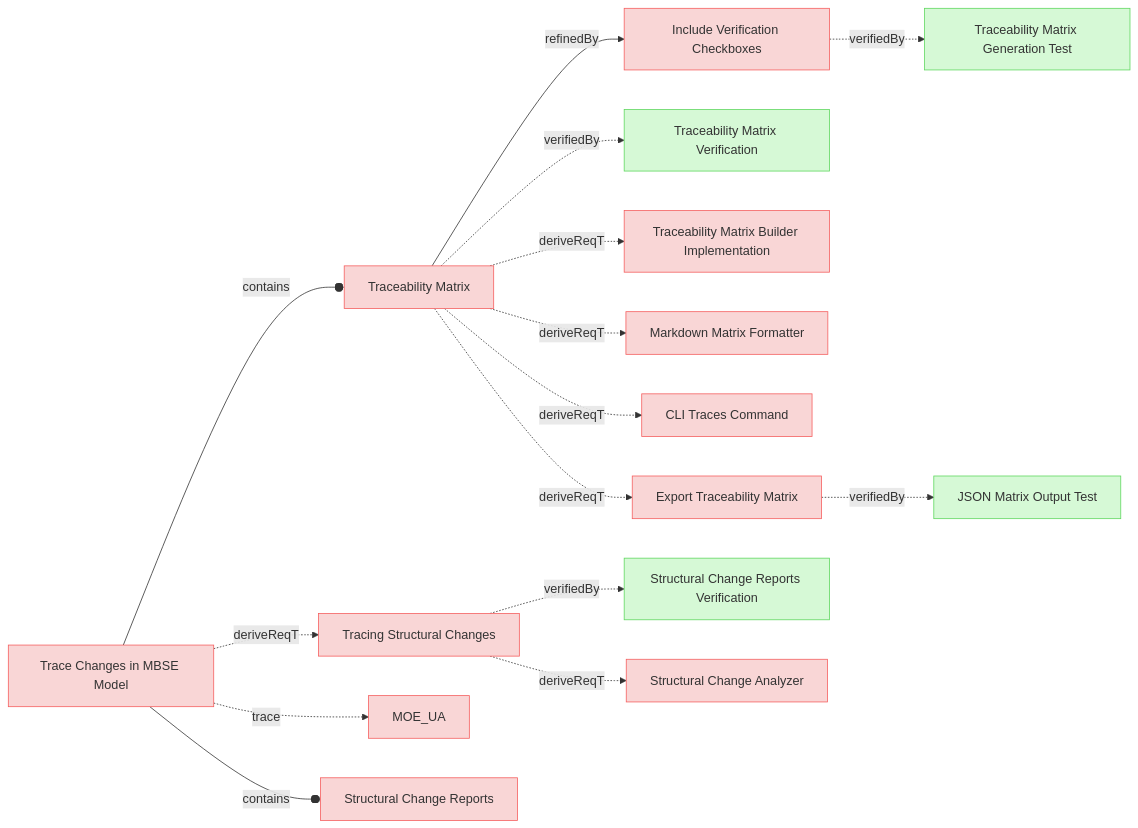
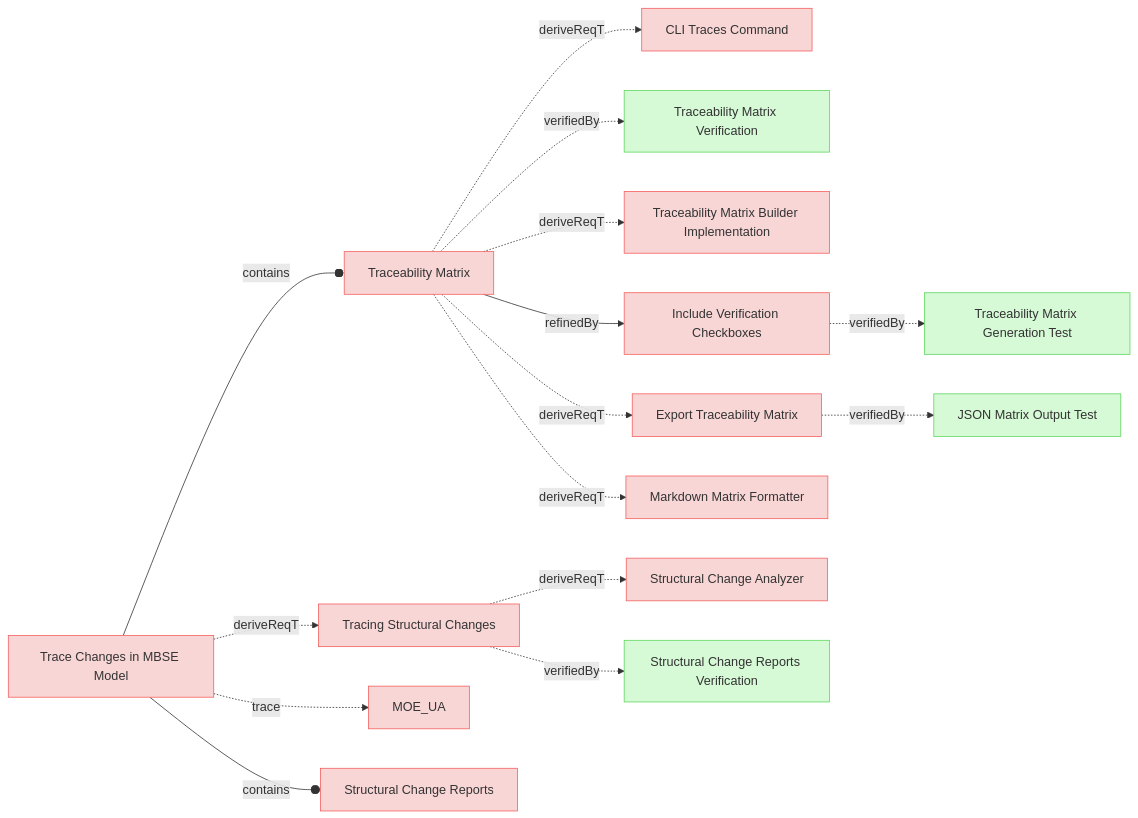
Before and after one commit to reqvire-org/reqvire: the sixth of 9 diagrams in specifications/UserRequirements.md, drawn with Mermaid. The commit also changed other lines of this file and 30 other files, not shown here.

````diff
--- a/specifications/UserRequirements.md
+++ b/specifications/UserRequirements.md
@@ -837,69 +837,69 @@
 ```mermaid
 graph LR;
   %% REQVIRE-AUTOGENERATED-DIAGRAM
   %% Graph styling
   classDef requirement fill:#f9d6d6,stroke:#f55f5f,stroke-width:1px;
   classDef verification fill:#d6f9d6,stroke:#5fd75f,stroke-width:1px;
   classDef externalLink fill:#d0e0ff,stroke:#3080ff,stroke-width:1px;
   classDef default fill:#f5f5f5,stroke:#333333,stroke-width:1px;
 
-  6d32b919c82784b7["Include Verification Checkboxes"];
-  class 6d32b919c82784b7 requirement;
-  click 6d32b919c82784b7 "UserRequirements.md#include-verification-checkboxes";
-  aa85c85e7c41d899["Traceability Matrix Generation Test"];
-  class aa85c85e7c41d899 verification;
-  click aa85c85e7c41d899 "Verifications/TreacibilityMatrix.md#traceability-matrix-generation-test";
-  6d32b919c82784b7 -.->|verifiedBy| aa85c85e7c41d899;
   4e30ea0930dc9c26["Traceability Matrix"];
   class 4e30ea0930dc9c26 requirement;
   click 4e30ea0930dc9c26 "UserRequirements.md#traceability-matrix";
-  4e30ea0930dc9c26 -->|refinedBy| 6d32b919c82784b7;
+  5bfc0d5fd7bba25["CLI Traces Command"];
+  class 5bfc0d5fd7bba25 requirement;
+  click 5bfc0d5fd7bba25 "SystemRequirements/Requirements.md#cli-traces-command";
+  4e30ea0930dc9c26 -.->|deriveReqT| 5bfc0d5fd7bba25;
   11c3285e74c8d60b["Traceability Matrix Verification"];
   class 11c3285e74c8d60b verification;
   click 11c3285e74c8d60b "Verifications/ChangeImpactTests.md#traceability-matrix-verification";
   4e30ea0930dc9c26 -.->|verifiedBy| 11c3285e74c8d60b;
   b55d8517cd3e58["Traceability Matrix Builder Implementation"];
   class b55d8517cd3e58 requirement;
   click b55d8517cd3e58 "SystemRequirements/Requirements.md#traceability-matrix-builder-implementation";
   4e30ea0930dc9c26 -.->|deriveReqT| b55d8517cd3e58;
+  6d32b919c82784b7["Include Verification Checkboxes"];
+  class 6d32b919c82784b7 requirement;
+  click 6d32b919c82784b7 "UserRequirements.md#include-verification-checkboxes";
+  4e30ea0930dc9c26 -->|refinedBy| 6d32b919c82784b7;
+  7de9a55d6102af23["Export Traceability Matrix"];
+  class 7de9a55d6102af23 requirement;
+  click 7de9a55d6102af23 "UserRequirements.md#export-traceability-matrix";
+  4e30ea0930dc9c26 -.->|deriveReqT| 7de9a55d6102af23;
   1b7491b67a792bc9["Markdown Matrix Formatter"];
   class 1b7491b67a792bc9 requirement;
   click 1b7491b67a792bc9 "SystemRequirements/Requirements.md#markdown-matrix-formatter";
   4e30ea0930dc9c26 -.->|deriveReqT| 1b7491b67a792bc9;
-  5bfc0d5fd7bba25["CLI Traces Command"];
-  class 5bfc0d5fd7bba25 requirement;
-  click 5bfc0d5fd7bba25 "SystemRequirements/Requirements.md#cli-traces-command";
-  4e30ea0930dc9c26 -.->|deriveReqT| 5bfc0d5fd7bba25;
-  7de9a55d6102af23["Export Traceability Matrix"];
-  class 7de9a55d6102af23 requirement;
-  click 7de9a55d6102af23 "UserRequirements.md#export-traceability-matrix";
-  4e30ea0930dc9c26 -.->|deriveReqT| 7de9a55d6102af23;
   d7b7b13a5b8d96e1["Tracing Structural Changes"];
   class d7b7b13a5b8d96e1 requirement;
   click d7b7b13a5b8d96e1 "UserRequirements.md#tracing-structural-changes";
+  d34d7e14d2a235a2["Structural Change Analyzer"];
+  class d34d7e14d2a235a2 requirement;
+  click d34d7e14d2a235a2 "SystemRequirements/Requirements.md#structural-change-analyzer";
+  d7b7b13a5b8d96e1 -.->|deriveReqT| d34d7e14d2a235a2;
   b0e8adb6596a35e7["Structural Change Reports Verification"];
   class b0e8adb6596a35e7 verification;
   click b0e8adb6596a35e7 "Verifications/ChangeImpactTests.md#structural-change-reports-verification";
   d7b7b13a5b8d96e1 -.->|verifiedBy| b0e8adb6596a35e7;
-  d34d7e14d2a235a2["Structural Change Analyzer"];
-  class d34d7e14d2a235a2 requirement;
-  click d34d7e14d2a235a2 "SystemRequirements/Requirements.md#structural-change-analyzer";
-  d7b7b13a5b8d96e1 -.->|deriveReqT| d34d7e14d2a235a2;
+  aa85c85e7c41d899["Traceability Matrix Generation Test"];
+  class aa85c85e7c41d899 verification;
+  click aa85c85e7c41d899 "Verifications/TreacibilityMatrix.md#traceability-matrix-generation-test";
+  6d32b919c82784b7 -.->|verifiedBy| aa85c85e7c41d899;
   50c290277850dd17["JSON Matrix Output Test"];
   class 50c290277850dd17 verification;
   click 50c290277850dd17 "Verifications/TreacibilityMatrix.md#json-matrix-output-test";
   7de9a55d6102af23 -.->|verifiedBy| 50c290277850dd17;
   5ef9c8ae19a9f55a["Trace Changes in MBSE Model"];
   class 5ef9c8ae19a9f55a requirement;
   click 5ef9c8ae19a9f55a "UserStories.md#trace-changes-in-mbse-model";
   2c5f30f14e792200["MOE_UA"];
   class 2c5f30f14e792200 requirement;
   click 2c5f30f14e792200 "MOEs.md#moe_ua";
   5ef9c8ae19a9f55a -.->|trace| 2c5f30f14e792200;
+  5ef9c8ae19a9f55a --o|contains| 4e30ea0930dc9c26;
+  5ef9c8ae19a9f55a -.->|deriveReqT| d7b7b13a5b8d96e1;
   1908501a80db5c46["Structural Change Reports"];
   class 1908501a80db5c46 requirement;
   click 1908501a80db5c46 "UserRequirements.md#structural-change-reports";
   5ef9c8ae19a9f55a --o|contains| 1908501a80db5c46;
-  5ef9c8ae19a9f55a --o|contains| 4e30ea0930dc9c26;
-  5ef9c8ae19a9f55a -.->|deriveReqT| d7b7b13a5b8d96e1;
 ```
````
